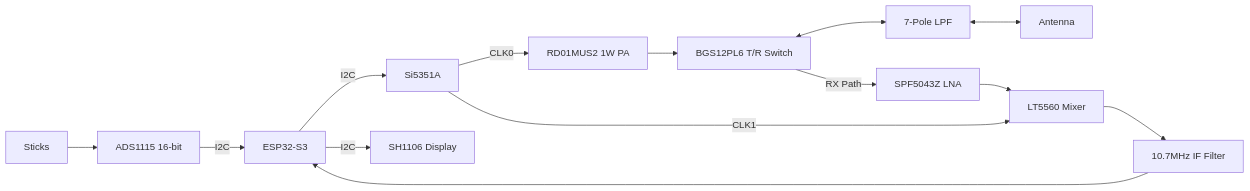
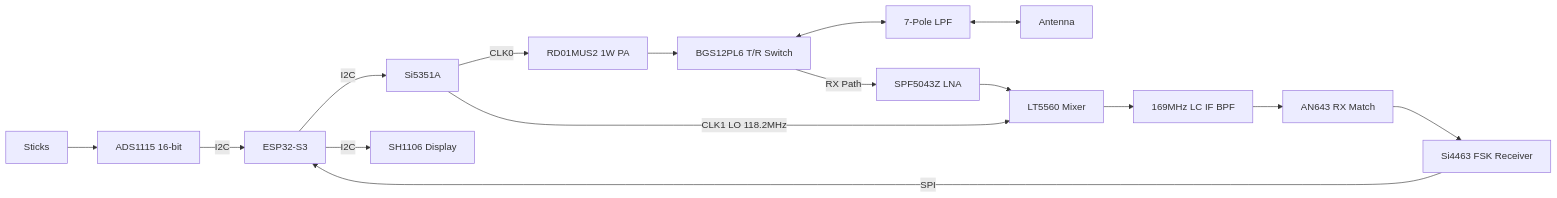
One commit to ne9n/RC_6m changed the diagram in TX_Hardware/TX_Schematic_Blueprint.md. Above: the diagram before and after it, drawn with Mermaid. The commit also changed other lines of this file and 29 other files, not shown here.

First line of the commit message:
Move receive chain to Si4463 upconversion; fix RX/TX schematic wiring

````diff
--- a/TX_Hardware/TX_Schematic_Blueprint.md
+++ b/TX_Hardware/TX_Schematic_Blueprint.md
@@ -10,16 +10,18 @@
 ```mermaid
 graph LR
     STX[Sticks] --> ADC[ADS1115 16-bit]
     ADC -- I2C --> ESP[ESP32-S3]
     ESP -- I2C --> SI[Si5351A]
     ESP -- I2C --> OLED[SH1106 Display]
     SI -- CLK0 --> PA[RD01MUS2 1W PA]
     PA --> SW[BGS12PL6 T/R Switch]
     SW <--> LPF[7-Pole LPF]
     LPF <--> ANT[Antenna]
     SW -- RX Path --> LNA[SPF5043Z LNA]
     LNA --> MIX[LT5560 Mixer]
-    SI -- CLK1 --> MIX
-    MIX --> IF[10.7MHz IF Filter]
-    IF --> ESP
+    SI -- "CLK1 LO 118.2MHz" --> MIX
+    MIX --> IF["169MHz LC IF BPF"]
+    IF --> MATCH["AN643 RX Match"]
+    MATCH --> SI44["Si4463 FSK Receiver"]
+    SI44 -- SPI --> ESP
 ```
````
